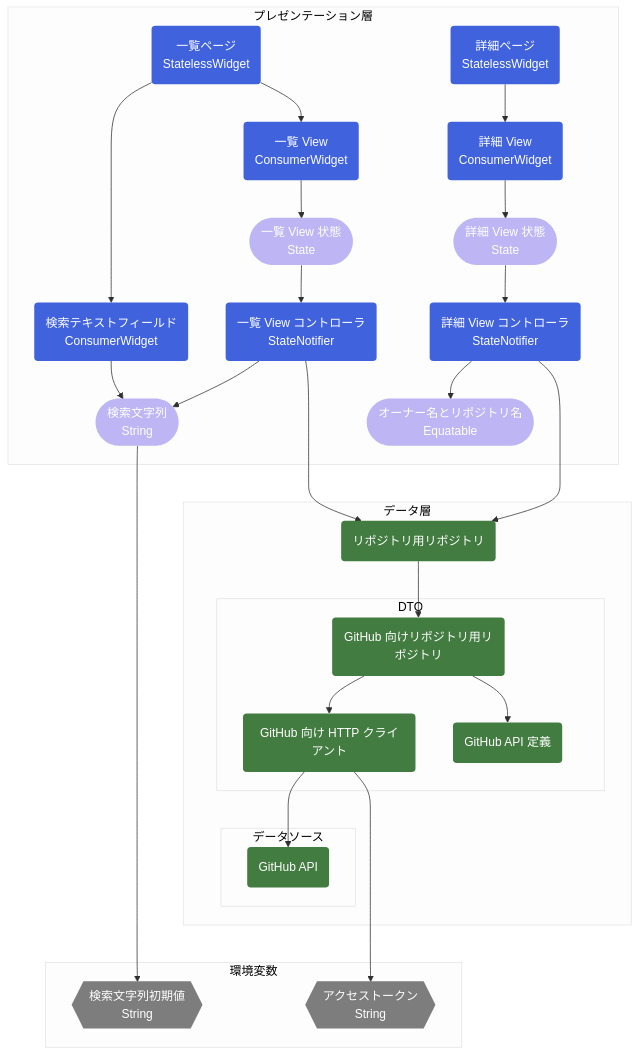
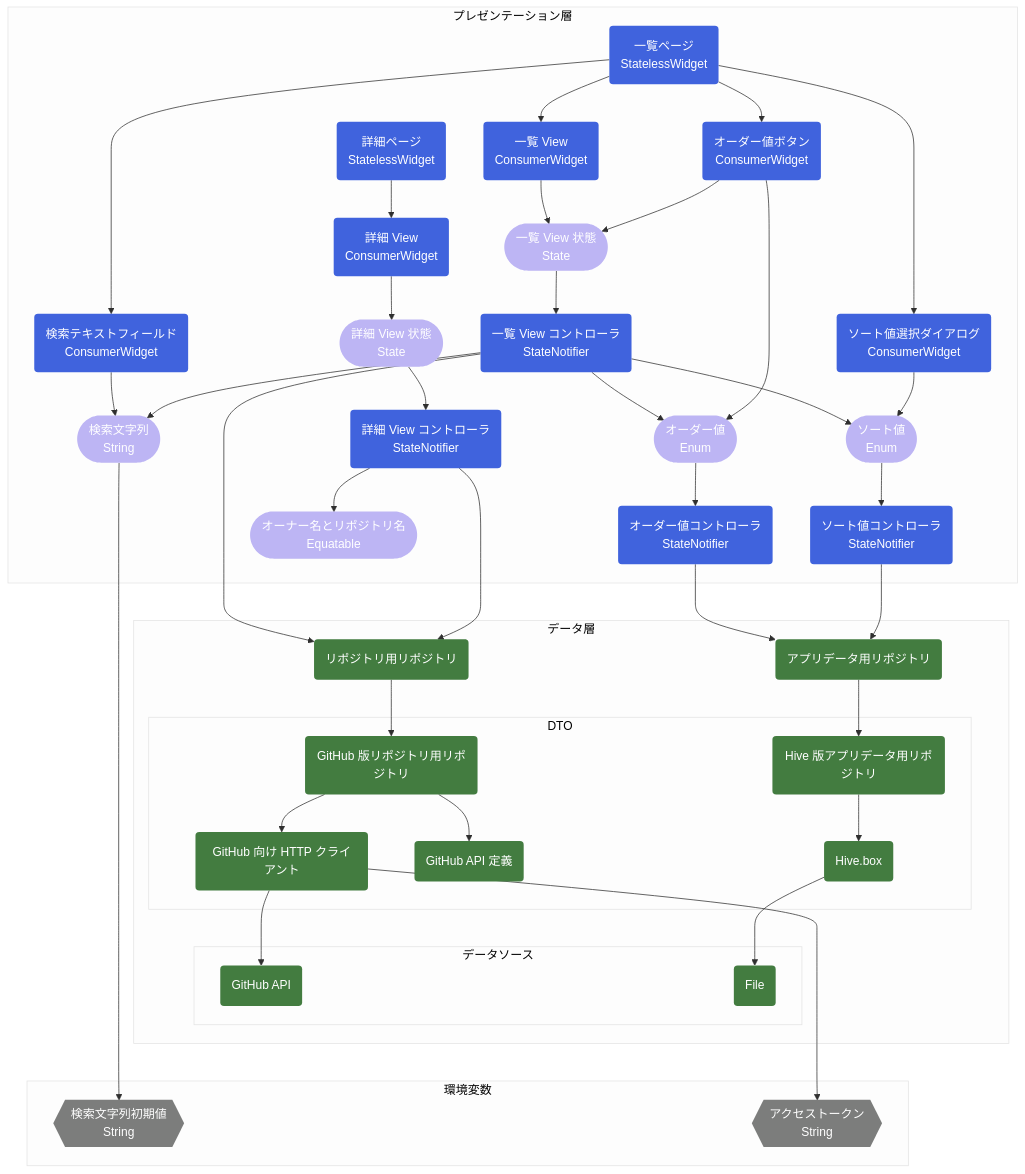
The first of 2 diagrams in README.md (susatthi/github-search), drawn with Mermaid before and after one commit. The commit also changed other lines of this file, not shown here.

````diff
--- a/README.md
+++ b/README.md
@@ -52,43 +52,57 @@
 ```mermaid
 %%{init:{'theme':'base','themeVariables':{'primaryColor':'#f0f0f0','primaryTextColor':'#2f2f2f', 'lineColor':'#2f2f2f','textColor':'#2f2f2f','fontSize':'16px','nodeBorder':'0px'}}}%%
 graph TD
     subgraph プレゼンテーション層
     IndexPage(一覧ページ<br>StatelessWidget) --> SearchTextField(検索テキストフィールド<br>ConsumerWidget)
     IndexPage --> ListView(一覧 View<br>ConsumerWidget)
+    IndexPage --> OrderToggleButton(オーダー値ボタン<br>ConsumerWidget)
+    IndexPage --> SortSelectorDialog(ソート値選択ダイアログ<br>ConsumerWidget)    
     SearchTextField --> SearchText([検索文字列<br>String])
     ListView --> ListViewState([一覧 View 状態<br>State])
     ListViewState --> ListViewController(一覧 View コントローラ<br>StateNotifier)
     ListViewController --> SearchText
+    ListViewController --> Order
+    ListViewController --> Sort
+    OrderToggleButton --> ListViewState
+    OrderToggleButton --> Order([オーダー値<br>Enum])
+    SortSelectorDialog --> Sort([ソート値<br>Enum])
+    Order --> OrderController(オーダー値コントローラ<br>StateNotifier)
+    Sort --> SortController(ソート値コントローラ<br>StateNotifier)
     ViewPage(詳細ページ<br>StatelessWidget) --> DetailView(詳細 View<br>ConsumerWidget)
     DetailView --> DetailViewState([詳細 View 状態<br>State])
     DetailViewState --> DetailViewController(詳細 View コントローラ<br>StateNotifier)
     DetailViewController --> ViewParameter([オーナー名とリポジトリ名<br>Equatable])
     end
     subgraph データ層
     ListViewController --> RepoRepository(リポジトリ用リポジトリ)
     DetailViewController ---> RepoRepository
-    RepoRepository --> GitHubRepoRepository(GitHub 向けリポジトリ用リポジトリ)
+    OrderController --> AppDataRepository(アプリデータ用リポジトリ)
+    SortController --> AppDataRepository
+    RepoRepository --> GitHubRepoRepository(GitHub 版リポジトリ用リポジトリ)
+    AppDataRepository --> HiveAppDataRepository(Hive 版アプリデータ用リポジトリ)
     subgraph DTO
     GitHubRepoRepository --> GitHubHttpClient(GitHub 向け HTTP クライアント)
     GitHubRepoRepository --> GitHubApiDef(GitHub API 定義)
+    HiveAppDataRepository --> HiveBox(Hive.box)
     end
     subgraph データソース
     GitHubHttpClient --> GitHubApi(GitHub API)
+    HiveBox --> File(File)
     end
     end
     subgraph 環境変数
     SearchText --> EnvSearchText{{検索文字列初期値<br>String}}
     GitHubHttpClient ---> EnvAccessToken{{アクセストークン<br>String}}
     end
 
     classDef widget fill:#4063DD, color:#ffffff;
     classDef controller fill:#4063DD, color:#ffffff;
     classDef state fill:#BDB5F4, color:#ffffff;    
     classDef repository fill:#437C40, color:#ffffff;
     classDef env fill:#7c7d7c, color:#ffffff;
-    class IndexPage,ViewPage,ListView,SearchTextField,DetailView widget;
-    class ListViewController,DetailViewController controller;
-    class SearchText,ListViewState,DetailViewState,ViewParameter state;
-    class RepoRepository,GitHubRepoRepository,GitHubHttpClient,GitHubApiDef,GitHubApi repository;
+    class IndexPage,ViewPage,ListView,SearchTextField,DetailView,OrderToggleButton,SortSelectorDialog widget;
+    class ListViewController,DetailViewController,OrderController,SortController controller;
+    class SearchText,ListViewState,DetailViewState,ViewParameter,Order,Sort state;
+    class RepoRepository,GitHubRepoRepository,GitHubHttpClient,GitHubApiDef,GitHubApi,AppDataRepository,HiveAppDataRepository,HiveBox,File repository;
     class EnvSearchText,EnvAccessToken env;
 ```
````
